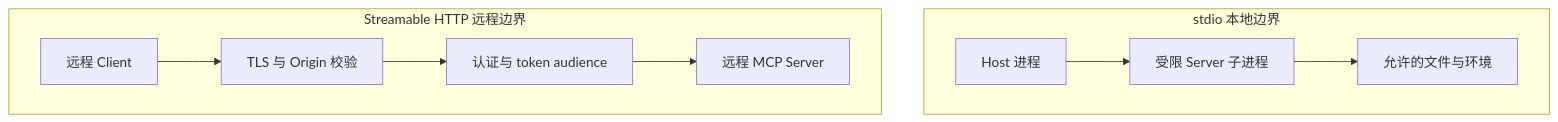
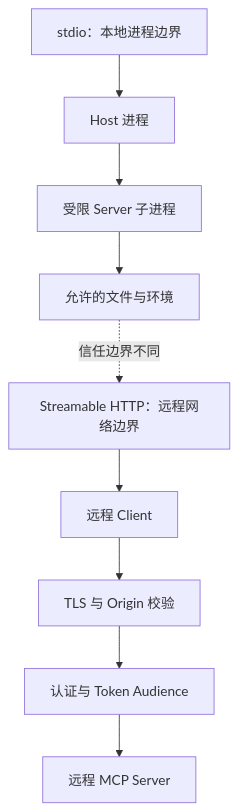
Before and after one commit to wujinjun/ai-agent-book: the fourth of 7 diagrams in docs/part-03-rag-and-memory/ch11-mcp.md, drawn with Mermaid. The commit also changed other lines of this file and 536 other files, not shown here.

````diff
--- a/docs/part-03-rag-and-memory/ch11-mcp.md
+++ b/docs/part-03-rag-and-memory/ch11-mcp.md
@@ -105,15 +112,14 @@
 ```mermaid
 %% id: mcp-transport-trust-boundaries
 %% title: stdio 与 Streamable HTTP 信任边界
 %% alt: 对比本地子进程 stdio 的进程权限边界和远程 HTTP 的网络认证 Origin 与令牌边界
 flowchart TB
-    subgraph Local[stdio 本地边界]
-        Host[Host 进程] --> Child[受限 Server 子进程]
-        Child --> FS[允许的文件与环境]
-    end
-    subgraph Remote[Streamable HTTP 远程边界]
-        Client[远程 Client] --> TLS[TLS 与 Origin 校验]
-        TLS --> Auth[认证与 token audience]
-        Auth --> Server[远程 MCP Server]
-    end
+    Local["stdio：本地进程边界"] --> Host["Host 进程"]
+    Host --> Child["受限 Server 子进程"]
+    Child --> FS["允许的文件与环境"]
+    FS -.信任边界不同.-> Remote["Streamable HTTP：远程网络边界"]
+    Remote --> Client["远程 Client"]
+    Client --> TLS["TLS 与 Origin 校验"]
+    TLS --> Auth["认证与 Token Audience"]
+    Auth --> Server["远程 MCP Server"]
 ```
````
